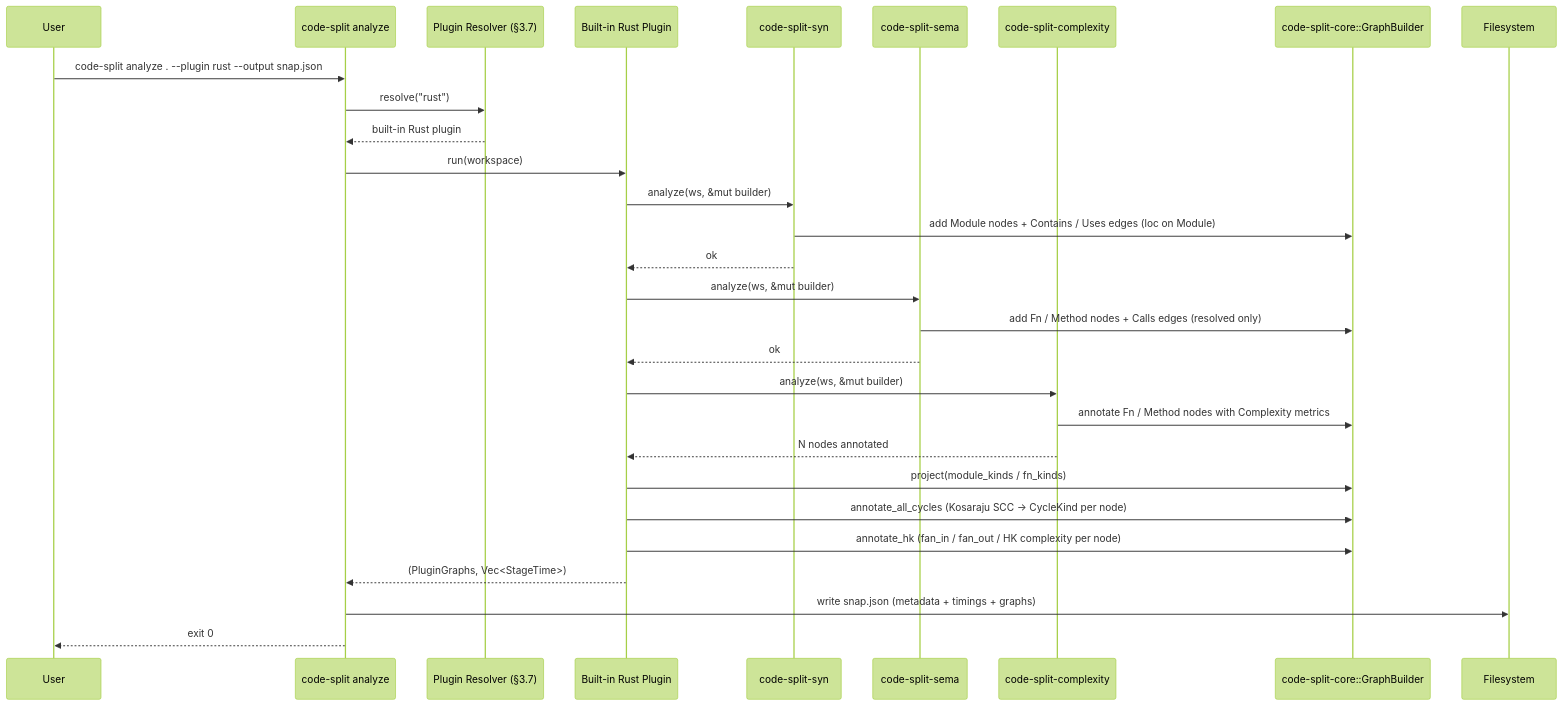
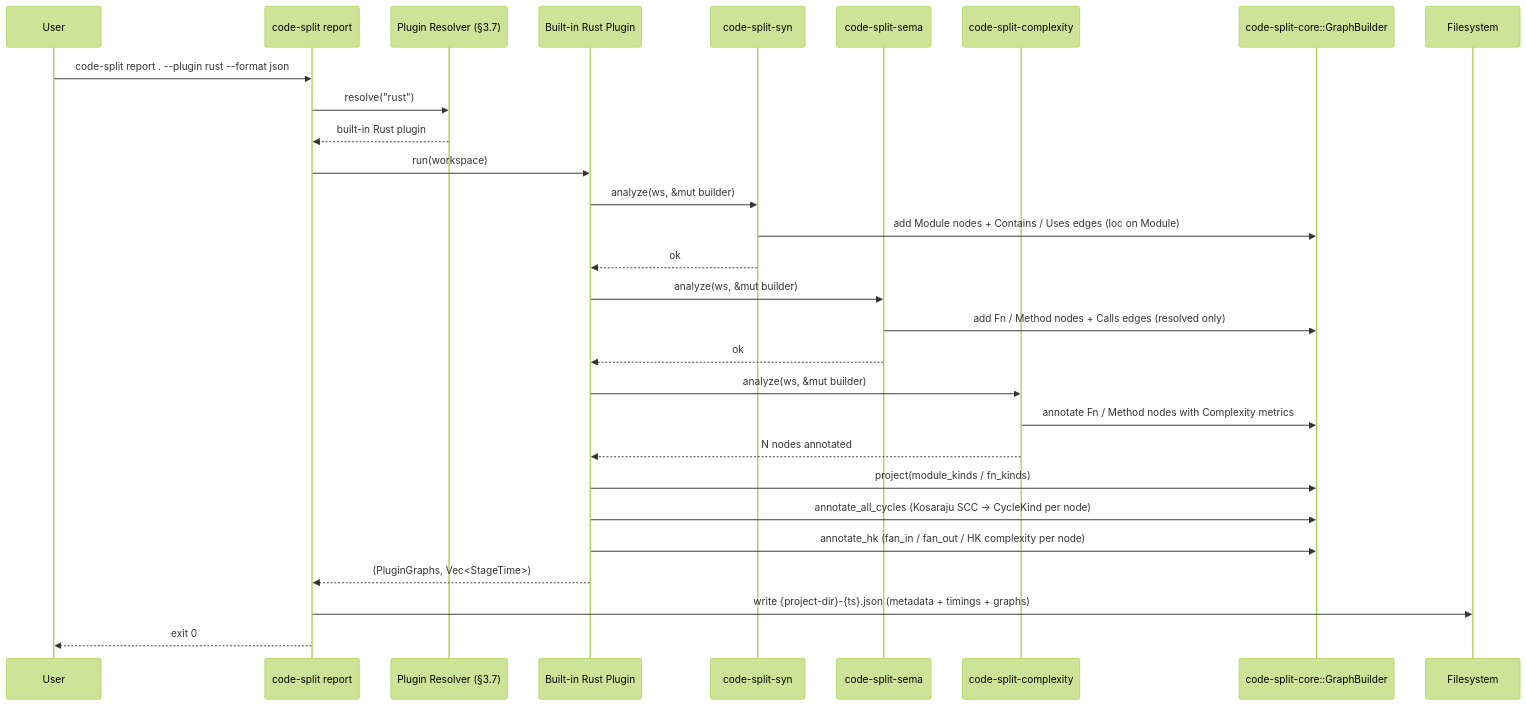
The second of 4 diagrams in docs/DESIGN.md (ffedoroff/code-split), drawn with Mermaid (forest theme) before and after one commit. The commit also changed other lines of this file and 7 other files, not shown here.

````diff
--- a/docs/DESIGN.md
+++ b/docs/DESIGN.md
@@ -662,32 +677,32 @@
 ```mermaid
 sequenceDiagram
     participant User
-    participant CLI as code-split analyze
+    participant CLI as code-split report
     participant Disc as Plugin Resolver (§3.7)
     participant Plugin as Built-in Rust Plugin
     participant Syn as code-split-syn
     participant Sema as code-split-sema
     participant Cx as code-split-complexity
     participant Core as code-split-core::GraphBuilder
     participant FS as Filesystem
 
-    User ->> CLI: code-split analyze . --plugin rust --output snap.json
+    User ->> CLI: code-split report . --plugin rust --format json
     CLI ->> Disc: resolve("rust")
     Disc -->> CLI: built-in Rust plugin
     CLI ->> Plugin: run(workspace)
     Plugin ->> Syn: analyze(ws, &mut builder)
     Syn ->> Core: add Module nodes + Contains / Uses edges (loc on Module)
     Syn -->> Plugin: ok
     Plugin ->> Sema: analyze(ws, &mut builder)
     Sema ->> Core: add Fn / Method nodes + Calls edges (resolved only)
     Sema -->> Plugin: ok
     Plugin ->> Cx: analyze(ws, &mut builder)
     Cx ->> Core: annotate Fn / Method nodes with Complexity metrics
     Cx -->> Plugin: N nodes annotated
     Plugin ->> Core: project(module_kinds / fn_kinds)
     Plugin ->> Core: annotate_all_cycles (Kosaraju SCC → CycleKind per node)
     Plugin ->> Core: annotate_hk (fan_in / fan_out / HK complexity per node)
     Plugin -->> CLI: (PluginGraphs, Vec<StageTime>)
-    CLI ->> FS: write snap.json (metadata + timings + graphs)
+    CLI ->> FS: write {project-dir}-{ts}.json (metadata + timings + graphs)
     CLI -->> User: exit 0
 ```
````
